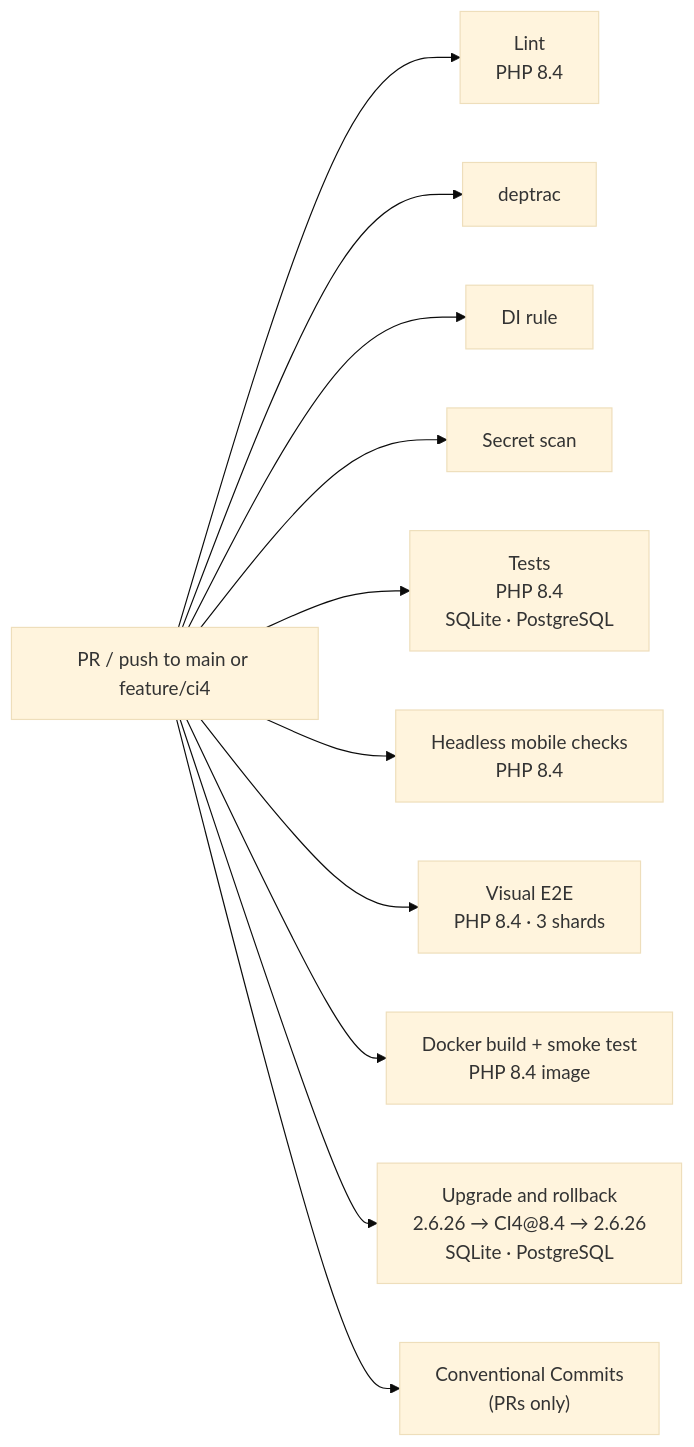
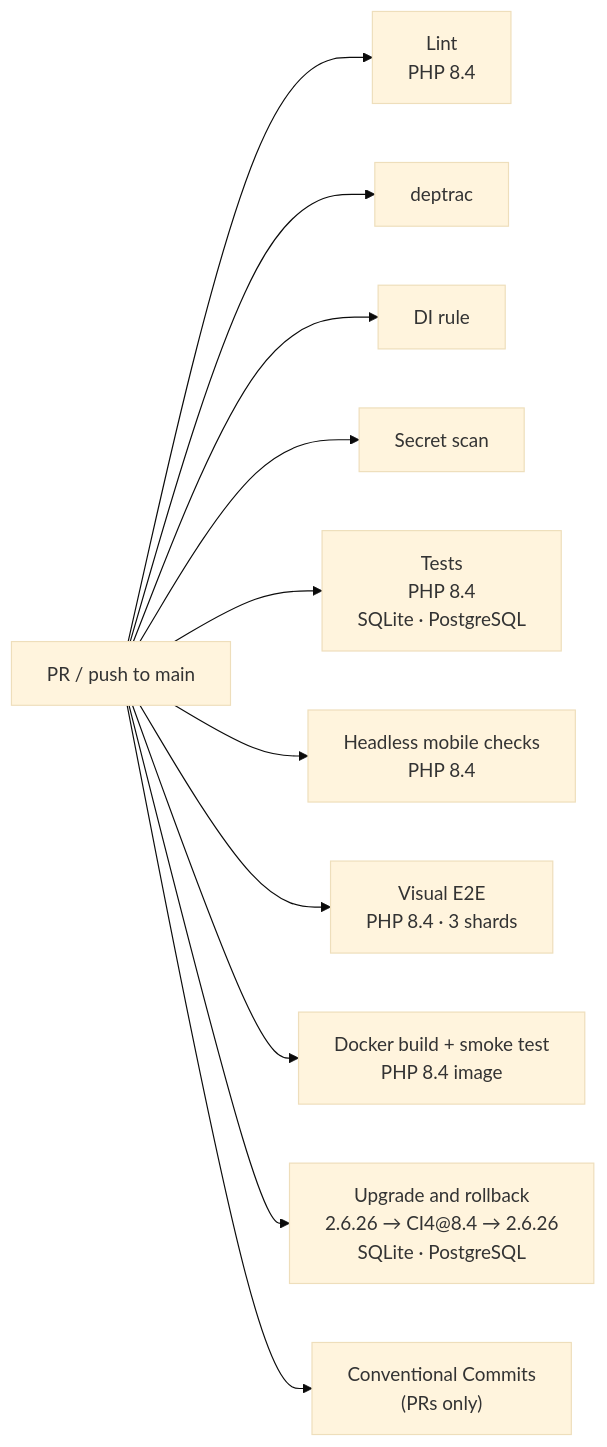
The diagram in docs/ci.md (thordin9/apotheke), drawn with Mermaid (base theme) before and after one commit. The commit also changed other lines of this file and 11 other files, not shown here.

````diff
--- a/docs/ci.md
+++ b/docs/ci.md
@@ -12,13 +12,13 @@
 ```mermaid
 flowchart LR
-  push["PR / push to main or feature/ci4"] --> lint["Lint<br/>PHP 8.4"]
+  push["PR / push to main"] --> lint["Lint<br/>PHP 8.4"]
   push --> deptrac["deptrac"]
   push --> di["DI rule"]
   push --> secrets["Secret scan"]
   push --> test["Tests<br/>PHP 8.4<br/>SQLite · PostgreSQL"]
   push --> mobile["Headless mobile checks<br/>PHP 8.4"]
   push --> e2e["Visual E2E<br/>PHP 8.4 · 3 shards"]
   push --> docker["Docker build + smoke test<br/>PHP 8.4 image"]
   push --> upgrade["Upgrade and rollback<br/>2.6.26 → CI4@8.4 → 2.6.26<br/>SQLite · PostgreSQL"]
   push --> commits["Conventional Commits<br/>(PRs only)"]
 ```
````
